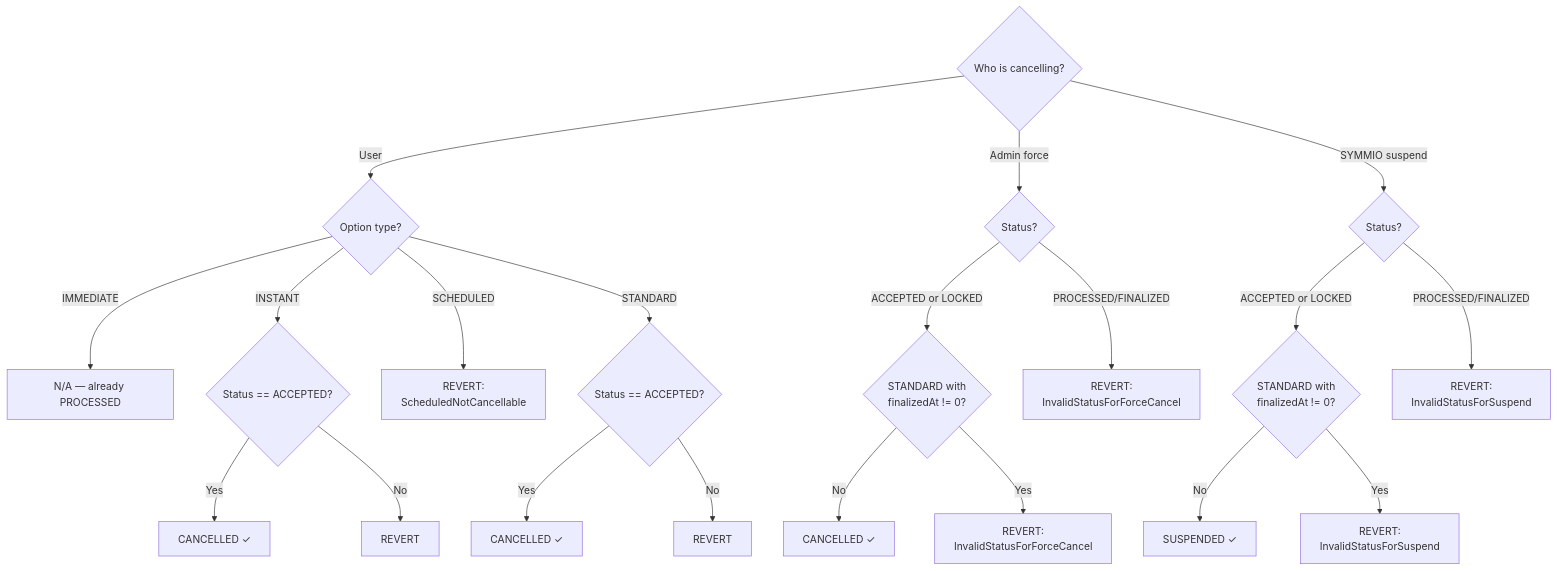
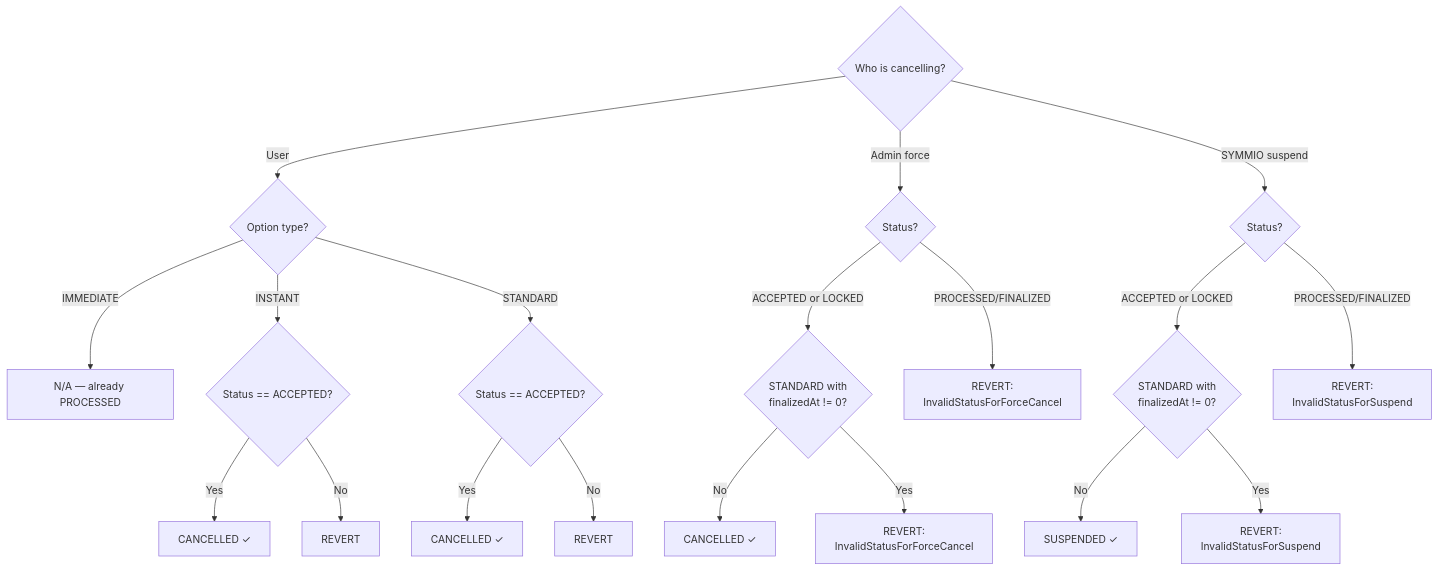
Before and after one commit to SYMM-IO/perps-core: diagram 20 of 29 in docs/v0.8.6/express-bot-operations-checklist.md, drawn with Mermaid. The commit also changed other lines of this file and 14 other files, not shown here.

````diff
--- a/docs/v0.8.6/express-bot-operations-checklist.md
+++ b/docs/v0.8.6/express-bot-operations-checklist.md
@@ -2905,26 +2499,25 @@
 ```mermaid
 flowchart TD
     A{Who is cancelling?} -->|User| B{Option type?}
     A -->|Admin force| C{Status?}
     A -->|SYMMIO suspend| D{Status?}
 
     B -->|IMMEDIATE| B1["N/A — already PROCESSED"]
     B -->|INSTANT| B2{"Status == ACCEPTED?"}
-    B -->|SCHEDULED| B3["REVERT:\nScheduledNotCancellable"]
     B -->|STANDARD| B4{"Status == ACCEPTED?"}
 
     B2 -->|Yes| OK1["CANCELLED ✓"]
     B2 -->|No| FAIL1["REVERT"]
     B4 -->|Yes| OK2["CANCELLED ✓"]
     B4 -->|No| FAIL2["REVERT"]
 
     C -->|ACCEPTED or LOCKED| C1{"STANDARD with\nfinalizedAt != 0?"}
     C1 -->|No| OK3["CANCELLED ✓"]
     C1 -->|Yes| FAIL3["REVERT:\nInvalidStatusForForceCancel"]
     C -->|PROCESSED/FINALIZED| FAIL4["REVERT:\nInvalidStatusForForceCancel"]
 
     D -->|ACCEPTED or LOCKED| D1{"STANDARD with\nfinalizedAt != 0?"}
     D1 -->|No| OK4["SUSPENDED ✓"]
     D1 -->|Yes| FAIL5["REVERT:\nInvalidStatusForSuspend"]
     D -->|PROCESSED/FINALIZED| FAIL6["REVERT:\nInvalidStatusForSuspend"]
 ```
````
